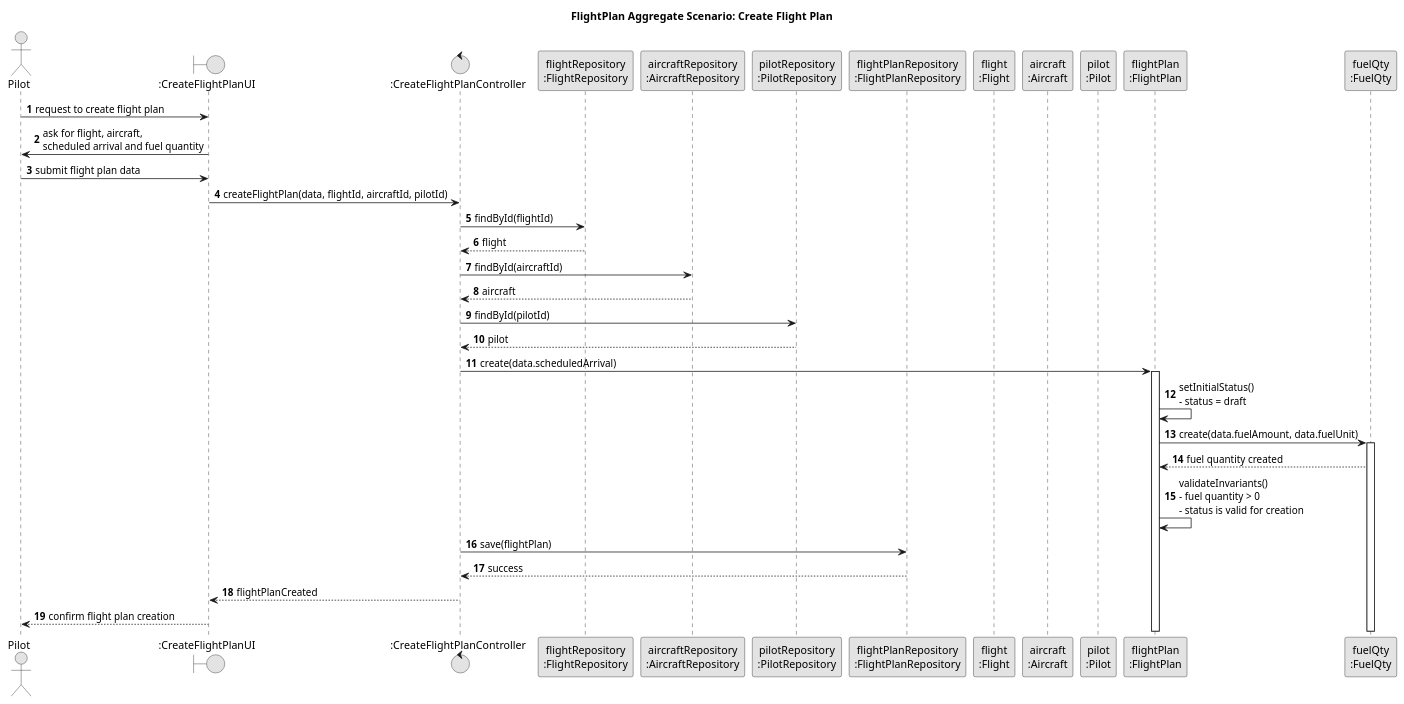
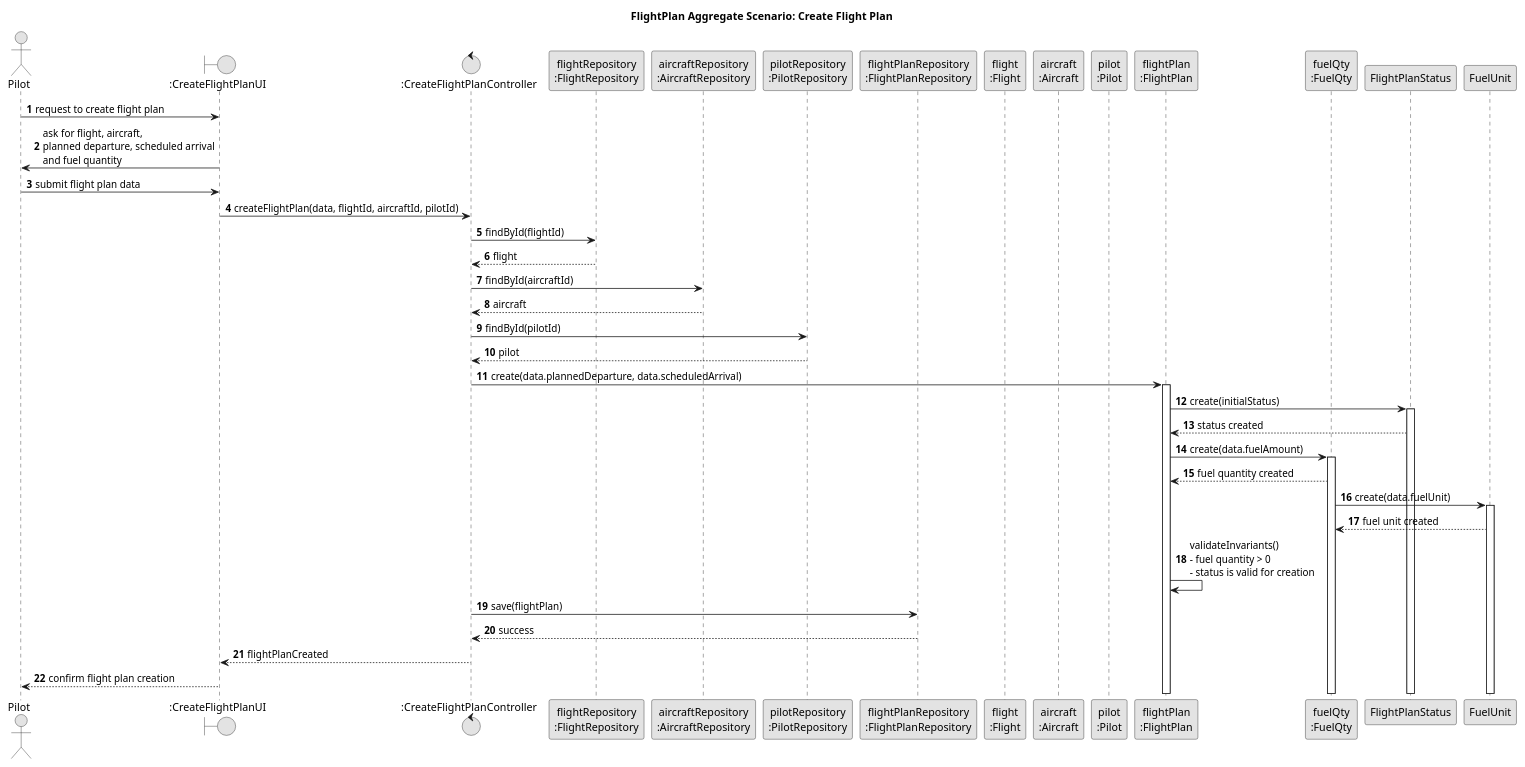
Before and after one commit to GustavoFerreira24/flight-management-platform: the diagram in docs/global-artifacts/03.design/puml/FlightPlanAggregate-SD.puml, drawn with PlantUML. The commit also changed 5 other files, not shown here.

```diff
--- a/docs/global-artifacts/03.design/puml/FlightPlanAggregate-SD.puml
+++ b/docs/global-artifacts/03.design/puml/FlightPlanAggregate-SD.puml
@@ -1,52 +1,57 @@
 @startuml
 title FlightPlan Aggregate Scenario: Create Flight Plan
 
 skinparam monochrome true
 skinparam packageStyle rectangle
 skinparam shadowing false
 
 autonumber
 
 actor "Pilot" as P
 boundary ":CreateFlightPlanUI" as UI
 control ":CreateFlightPlanController" as C
 participant "flightRepository\n:FlightRepository" as FlightRepo
 participant "aircraftRepository\n:AircraftRepository" as AircraftRepo
 participant "pilotRepository\n:PilotRepository" as PilotRepo
 participant "flightPlanRepository\n:FlightPlanRepository" as FlightPlanRepo
 participant "flight\n:Flight" as Flight
 participant "aircraft\n:Aircraft" as Aircraft
 participant "pilot\n:Pilot" as Pilot
 participant "flightPlan\n:FlightPlan" as FlightPlan
 participant "fuelQty\n:FuelQty" as FuelQty
 
 P -> UI : request to create flight plan
-UI -> P : ask for flight, aircraft,\nscheduled arrival and fuel quantity
+UI -> P : ask for flight, aircraft,\nplanned departure, scheduled arrival\nand fuel quantity
 
 P -> UI : submit flight plan data
 UI -> C : createFlightPlan(data, flightId, aircraftId, pilotId)
 
 C -> FlightRepo : findById(flightId)
 FlightRepo --> C : flight
 
 C -> AircraftRepo : findById(aircraftId)
 AircraftRepo --> C : aircraft
 
 C -> PilotRepo : findById(pilotId)
 PilotRepo --> C : pilot
 
-C -> FlightPlan ++ : create(data.scheduledArrival)
-FlightPlan -> FlightPlan : setInitialStatus()\n- status = draft
+C -> FlightPlan ++ : create(data.plannedDeparture, data.scheduledArrival)
 
-FlightPlan -> FuelQty ++ : create(data.fuelAmount, data.fuelUnit)
+FlightPlan -> FlightPlanStatus ++ : create(initialStatus)
+FlightPlanStatus --> FlightPlan : status created
+
+FlightPlan -> FuelQty ++ : create(data.fuelAmount)
 FuelQty --> FlightPlan : fuel quantity created
+
+FuelQty -> FuelUnit ++ : create(data.fuelUnit)
+FuelUnit --> FuelQty : fuel unit created
 
 FlightPlan -> FlightPlan : validateInvariants()\n- fuel quantity > 0\n- status is valid for creation
 
 C -> FlightPlanRepo : save(flightPlan)
 FlightPlanRepo --> C : success
 
 C --> UI : flightPlanCreated
 UI --> P : confirm flight plan creation
 
 @enduml
```
